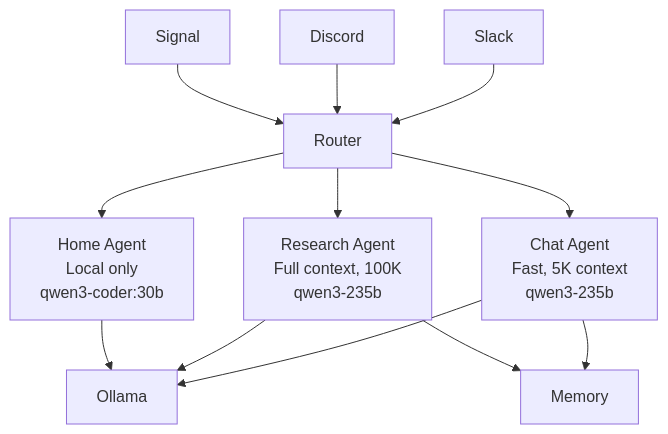
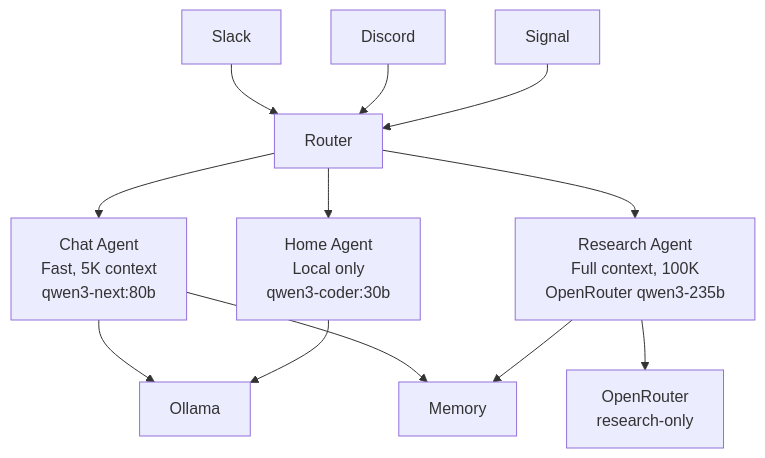
The first of 10 diagrams in README.md (kochj23/nova), drawn with Mermaid before and after one commit. The commit also changed other lines of this file and 61 other files, not shown here.

````diff
--- a/README.md
+++ b/README.md
@@ -38,14 +40,14 @@
 ```mermaid
 graph TD
     Slack --> Router
     Discord --> Router
     Signal --> Router
-    Router --> ChatAgent["Chat Agent<br/>Fast, 5K context<br/>qwen3-235b"]
-    Router --> ResearchAgent["Research Agent<br/>Full context, 100K<br/>qwen3-235b"]
+    Router --> ChatAgent["Chat Agent<br/>Fast, 5K context<br/>qwen3-next:80b"]
+    Router --> ResearchAgent["Research Agent<br/>Full context, 100K<br/>OpenRouter qwen3-235b"]
     Router --> HomeAgent["Home Agent<br/>Local only<br/>qwen3-coder:30b"]
     ChatAgent --> Ollama
-    ResearchAgent --> Ollama
+    ResearchAgent --> OpenRouter["OpenRouter<br/>research-only"]
     HomeAgent --> Ollama
     ChatAgent --> Memory
     ResearchAgent --> Memory
 ```
````
